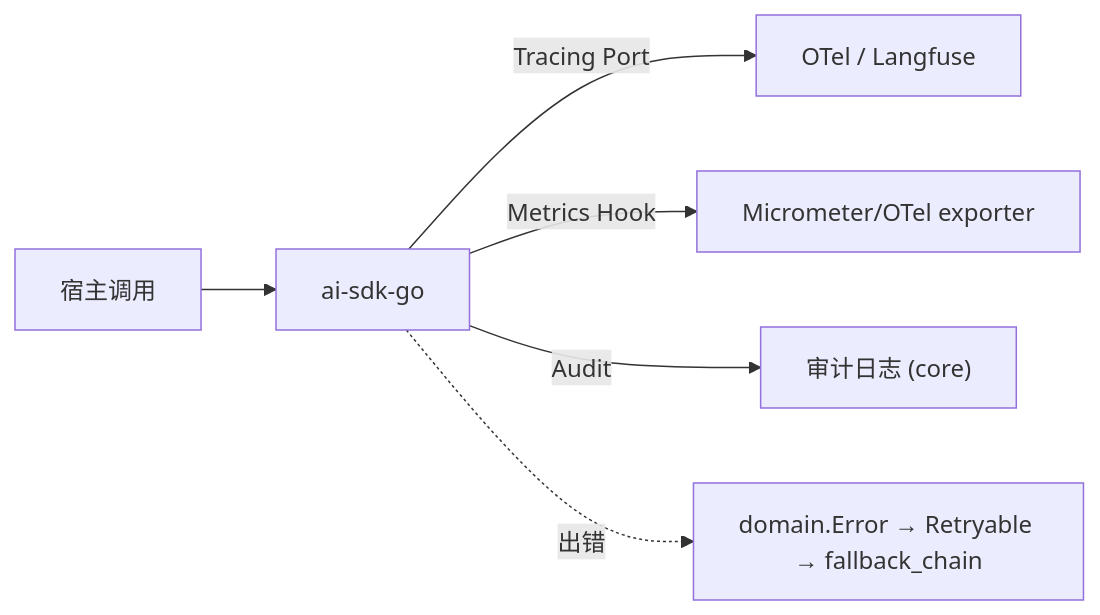
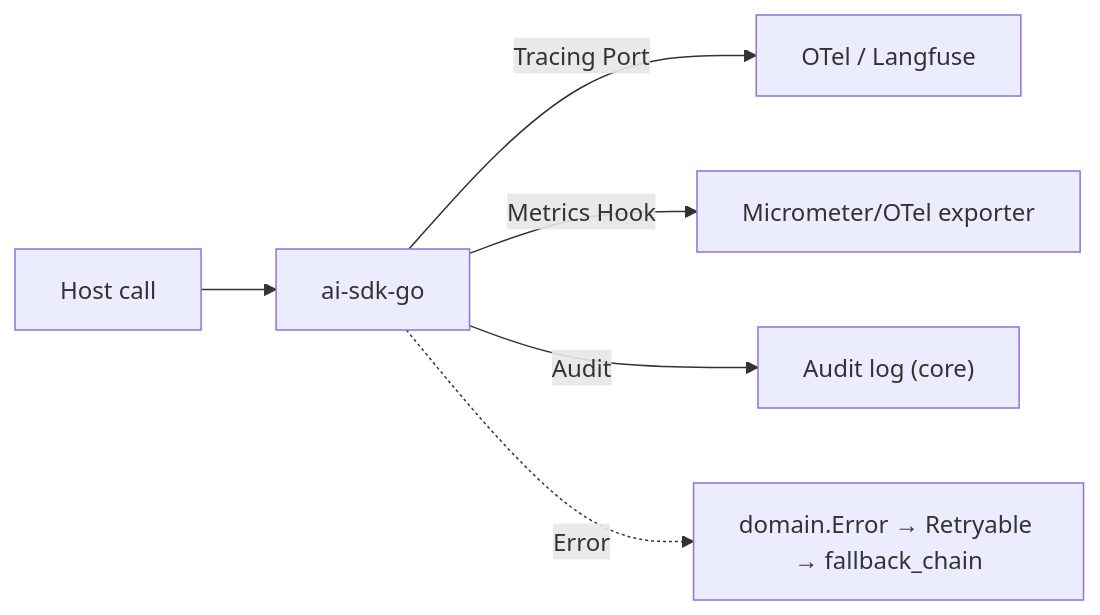
The fourth of 4 diagrams in design/DESIGN.md (open-strata-ai/ai-sdk-go), drawn with Mermaid before and after one commit. The commit also changed other lines of this file and 10 other files, not shown here.

````diff
--- a/design/DESIGN.md
+++ b/design/DESIGN.md
@@ -428,8 +428,8 @@
 ```mermaid
 flowchart LR
-    APP["宿主调用"] --> SDK["ai-sdk-go"]
+    APP["Host call"] --> SDK["ai-sdk-go"]
     SDK -->|"Tracing Port"| OT["OTel / Langfuse"]
     SDK -->|"Metrics Hook"| MET["Micrometer/OTel exporter"]
-    SDK -->|"Audit"| AUD["审计日志 (core)"]
-    SDK -.->|"出错"| ERR["domain.Error → Retryable → fallback_chain"]
+    SDK -->|"Audit"| AUD["Audit log (core)"]
+    SDK -.->|"Error"| ERR["domain.Error → Retryable → fallback_chain"]
 ```
````
